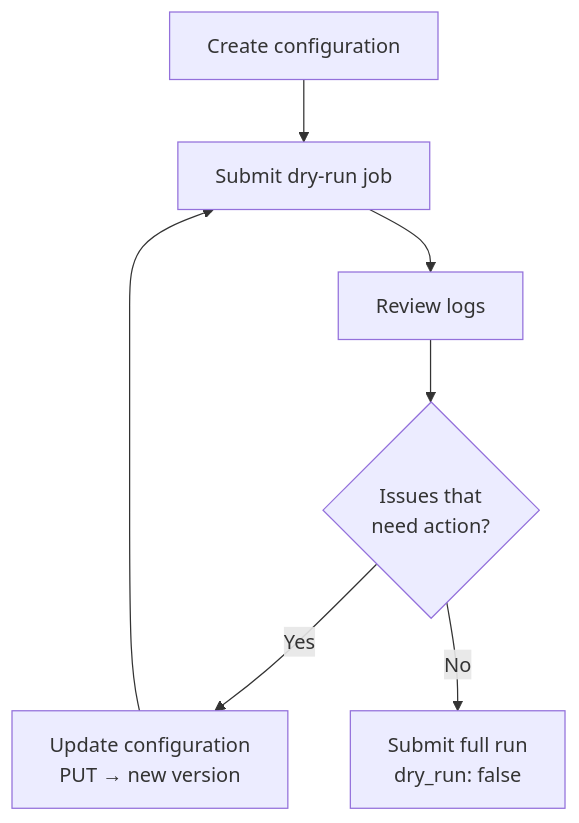
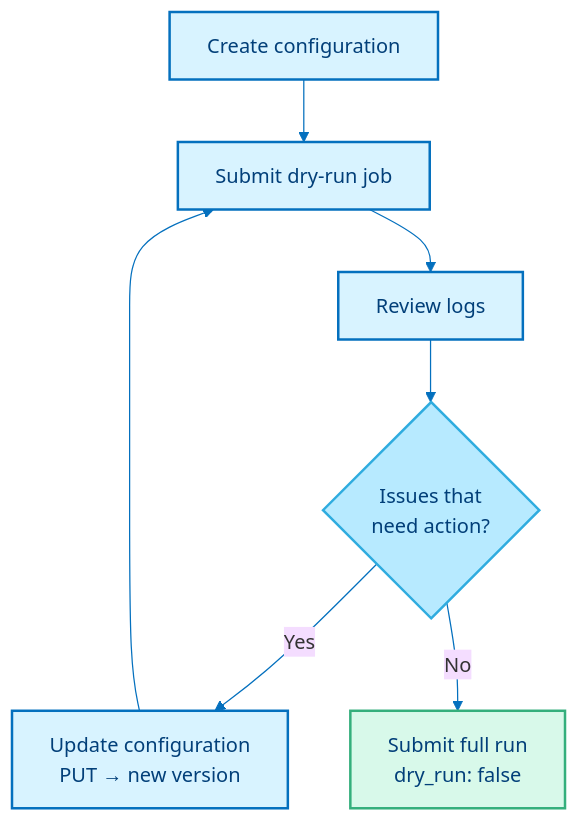
The diagram in docs/user-guide/doc-odm-user-guide/transformations/single-cell/iterate-with-dry-runs.md (genestack/user-docs), drawn with Mermaid before and after one commit.

Commit message:
mermaid diagram - gs branding

````diff
--- a/docs/user-guide/doc-odm-user-guide/transformations/single-cell/iterate-with-dry-runs.md
+++ b/docs/user-guide/doc-odm-user-guide/transformations/single-cell/iterate-with-dry-runs.md
@@ -7,9 +7,18 @@
 ```mermaid
+%%{init: {"theme": "base", "themeVariables": {"fontFamily": "Source Sans Pro, -apple-system, Segoe UI, sans-serif", "lineColor": "#0470BE"}}}%%
 flowchart TD
     A[Create configuration] --> B[Submit dry-run job]
     B --> C[Review logs]
     C --> D{Issues that<br/>need action?}
     D -->|Yes| E[Update configuration<br/>PUT → new version]
     E --> B
     D -->|No| F[Submit full run<br/>dry_run: false]
+
+    classDef step fill:#D8F3FF,stroke:#0470BE,stroke-width:2px,color:#023F79;
+    classDef decision fill:#B7EAFF,stroke:#2FACDF,stroke-width:2px,color:#023F79;
+    classDef success fill:#D8F9EA,stroke:#34AF7C,stroke-width:2px,color:#023F79;
+
+    class A,B,C,E step;
+    class D decision;
+    class F success;
 ```
````
